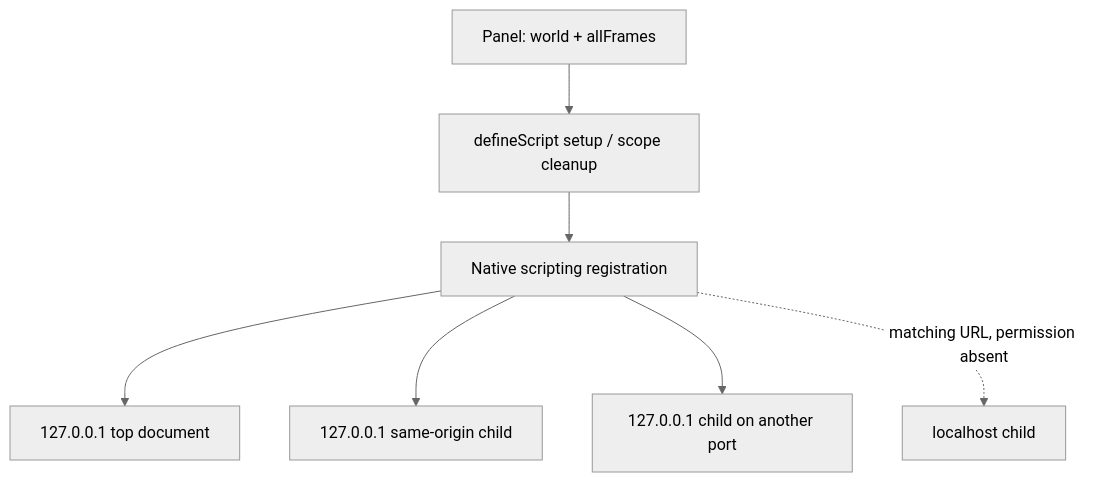
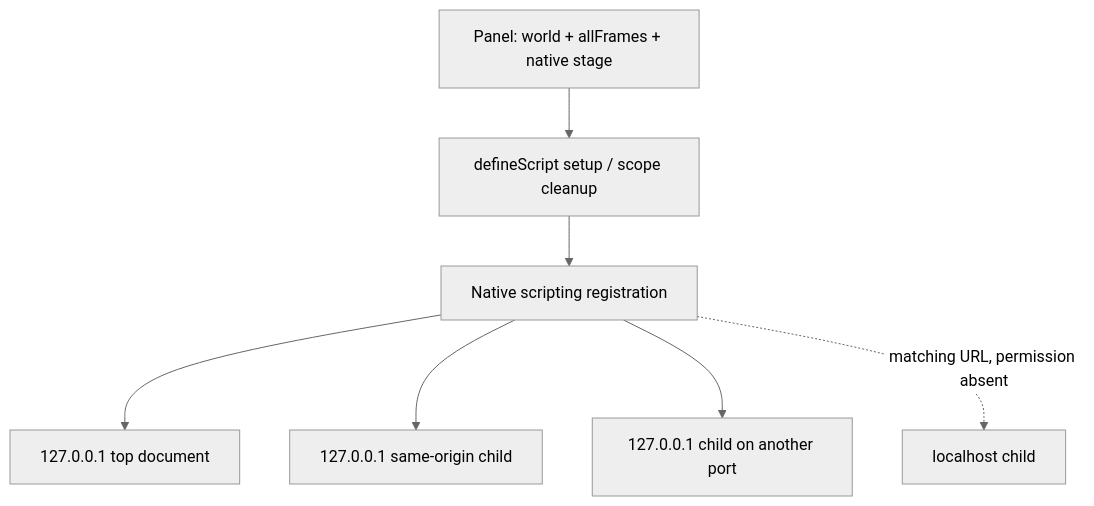
The diagram in docs/research/native-script-contexts.md (dvcol/devkit-extension), drawn with Mermaid (neutral theme) before and after one commit. The commit also changed other lines of this file and 9 other files, not shown here.

Commit message:
test(webext): cover script stages across frames and CSP (#11)

````diff
--- a/docs/research/native-script-contexts.md
+++ b/docs/research/native-script-contexts.md
@@ -34,9 +34,9 @@
 ```mermaid
 flowchart TD
-  Panel["Panel: world + allFrames"] --> Contribution["defineScript setup / scope cleanup"]
+  Panel["Panel: world + allFrames + native stage"] --> Contribution["defineScript setup / scope cleanup"]
   Contribution --> Browser["Native scripting registration"]
   Browser --> Top["127.0.0.1 top document"]
   Browser --> Same["127.0.0.1 same-origin child"]
   Browser --> Cross["127.0.0.1 child on another port"]
   Browser -. "matching URL, permission absent" .-> Denied["localhost child"]
 ```
````
